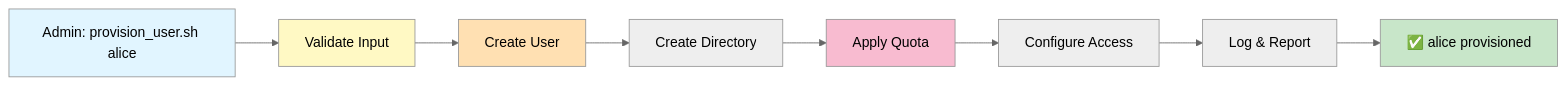
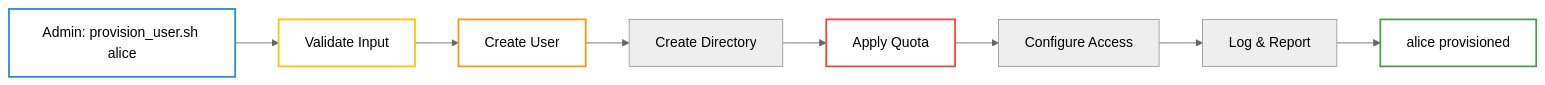
The fifth of 7 diagrams in docs/architecture.md (aaronwittchen/Automated-Storage-Provisioning-Tool), drawn with Mermaid (neutral theme) before and after one commit. The commit also changed other lines of this file and 5 other files, not shown here.

````diff
--- a/docs/architecture.md
+++ b/docs/architecture.md
@@ -343,16 +335,16 @@
 ```mermaid
 graph LR
     A["Admin: provision_user.sh alice"] --> B["Validate Input"]
     B --> C["Create User"]
     C --> D["Create Directory"]
     D --> E["Apply Quota"]
     E --> F["Configure Access"]
     F --> G["Log & Report"]
-    G --> H["✅ alice provisioned"]
+    G --> H["alice provisioned"]
     
-    style A fill:#e1f5ff
-    style H fill:#c8e6c9
-    style B fill:#fff9c4
-    style C fill:#ffe0b2
-    style E fill:#f8bbd0
+    style A stroke:#1e88e5,stroke-width:2px,fill:none
+    style H stroke:#43a047,stroke-width:2px,fill:none
+    style B stroke:#ffc107,stroke-width:2px,fill:none
+    style C stroke:#ff9800,stroke-width:2px,fill:none
+    style E stroke:#f44336,stroke-width:2px,fill:none
 ```
````
